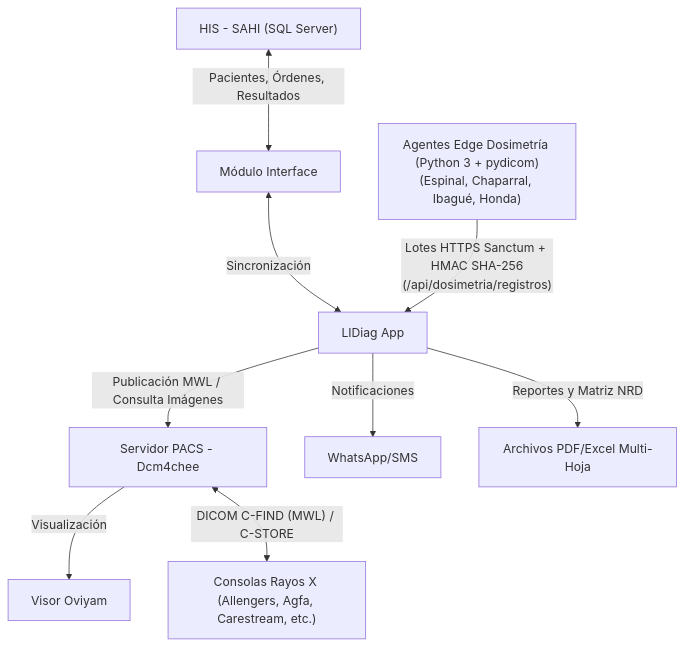
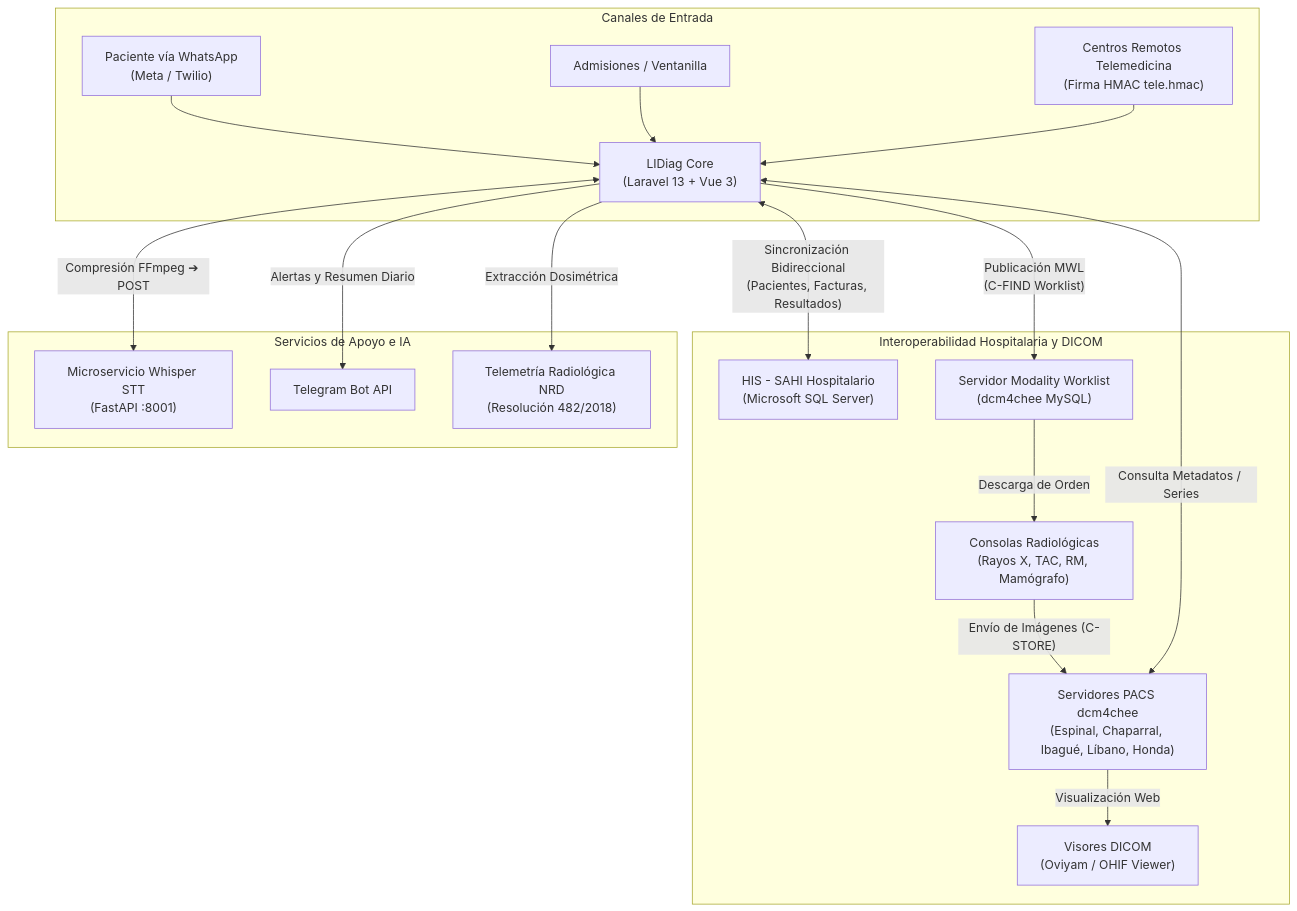
The diagram in README.md (soportesaludtolimaips/lidiag), drawn with Mermaid before and after one commit. The commit also changed other lines of this file and 16 other files, not shown here.

````diff
--- a/README.md
+++ b/README.md
@@ -63,11 +74,23 @@
 ```mermaid
-graph TD
-    HIS["HIS - SAHI (SQL Server)"] <-->|"Pacientes, Órdenes, Resultados"| Interface["Módulo Interface"]
-    Interface <-->|"Sincronización"| LIDiag["LIDiag App"]
-    LIDiag -->|"Publicación MWL / Consulta Imágenes"| PACS["Servidor PACS - Dcm4chee"]
-    PACS -->|"Visualización"| Oviyam["Visor Oviyam"]
-    PACS <-->|"DICOM C-FIND (MWL) / C-STORE"| Consolas["Consolas Rayos X (Allengers, Agfa, Carestream, etc.)"]
-    AgentesEdge["Agentes Edge Dosimetría (Python 3 + pydicom)<br/>(Espinal, Chaparral, Ibagué, Honda)"] -->|"Lotes HTTPS Sanctum + HMAC SHA-256<br/>(/api/dosimetria/registros)"| LIDiag
-    LIDiag -->|"Notificaciones"| Twilio["WhatsApp/SMS"]
-    LIDiag -->|"Reportes y Matriz NRD"| PDF_Excel["Archivos PDF/Excel Multi-Hoja"]
+flowchart TD
+    subgraph "Canales de Entrada"
+        W["Paciente vía WhatsApp<br/>(Meta / Twilio)"] --> LID["LIDiag Core<br/>(Laravel 13 + Vue 3)"]
+        U["Admisiones / Ventanilla"] --> LID
+        EXT["Centros Remotos Telemedicina<br/>(Firma HMAC tele.hmac)"] --> LID
+    end
+
+    subgraph "Interoperabilidad Hospitalaria y DICOM"
+        LID <-->|"Sincronización Bidireccional<br/>(Pacientes, Facturas, Resultados)"| SAHI["HIS - SAHI Hospitalario<br/>(Microsoft SQL Server)"]
+        LID -->|"Publicación MWL<br/>(C-FIND Worklist)"| MWL["Servidor Modality Worklist<br/>(dcm4chee MySQL)"]
+        MWL -->|"Descarga de Orden"| CONSOLAS["Consolas Radiológicas<br/>(Rayos X, TAC, RM, Mamógrafo)"]
+        CONSOLAS -->|"Envío de Imágenes (C-STORE)"| PACS["Servidores PACS dcm4chee<br/>(Espinal, Chaparral, Ibagué, Líbano, Honda)"]
+        PACS -->|"Visualización Web"| VISORES["Visores DICOM<br/>(Oviyam / OHIF Viewer)"]
+        LID <-->|"Consulta Metadatos / Series"| PACS
+    end
+
+    subgraph "Servicios de Apoyo e IA"
+        LID <-->|"Compresión FFmpeg ➔ POST"| STT["Microservicio Whisper STT<br/>(FastAPI :8001)"]
+        LID -->|"Alertas y Resumen Diario"| TEL["Telegram Bot API"]
+        LID -->|"Extracción Dosimétrica"| DOSIS["Telemetría Radiológica NRD<br/>(Resolución 482/2018)"]
+    end
 ```
````
